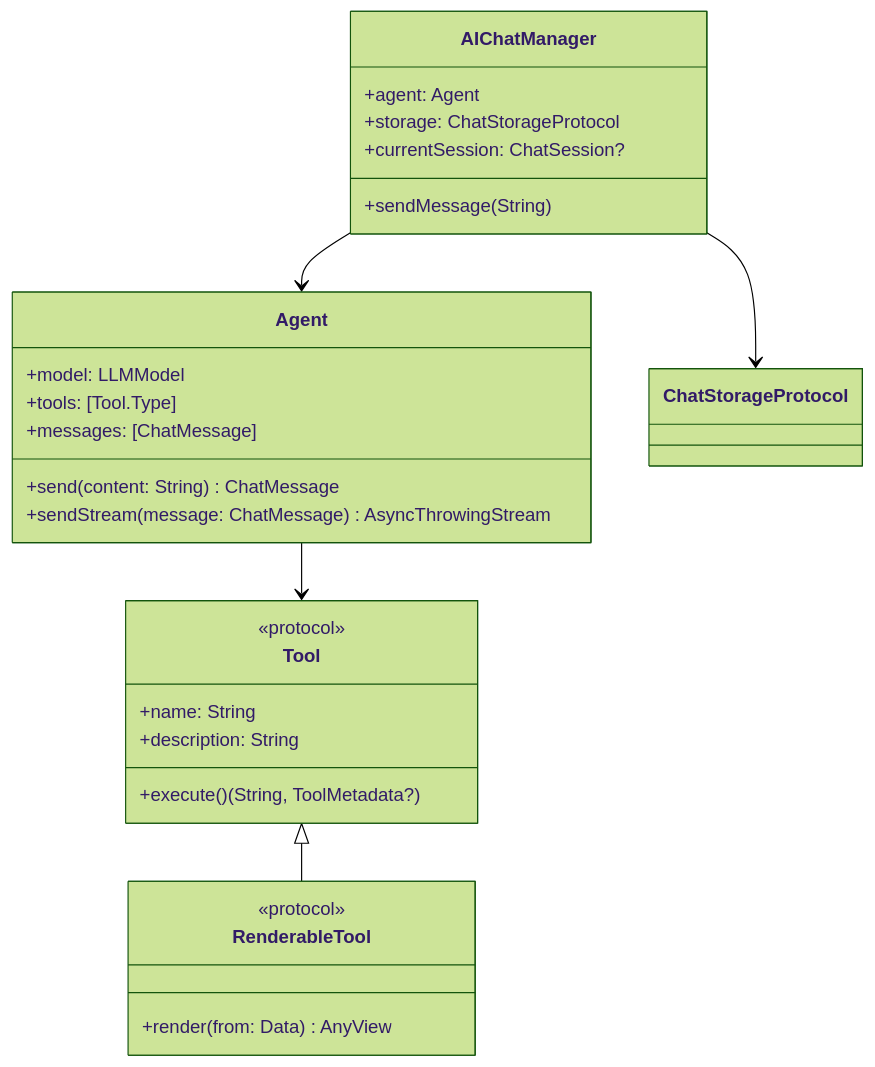
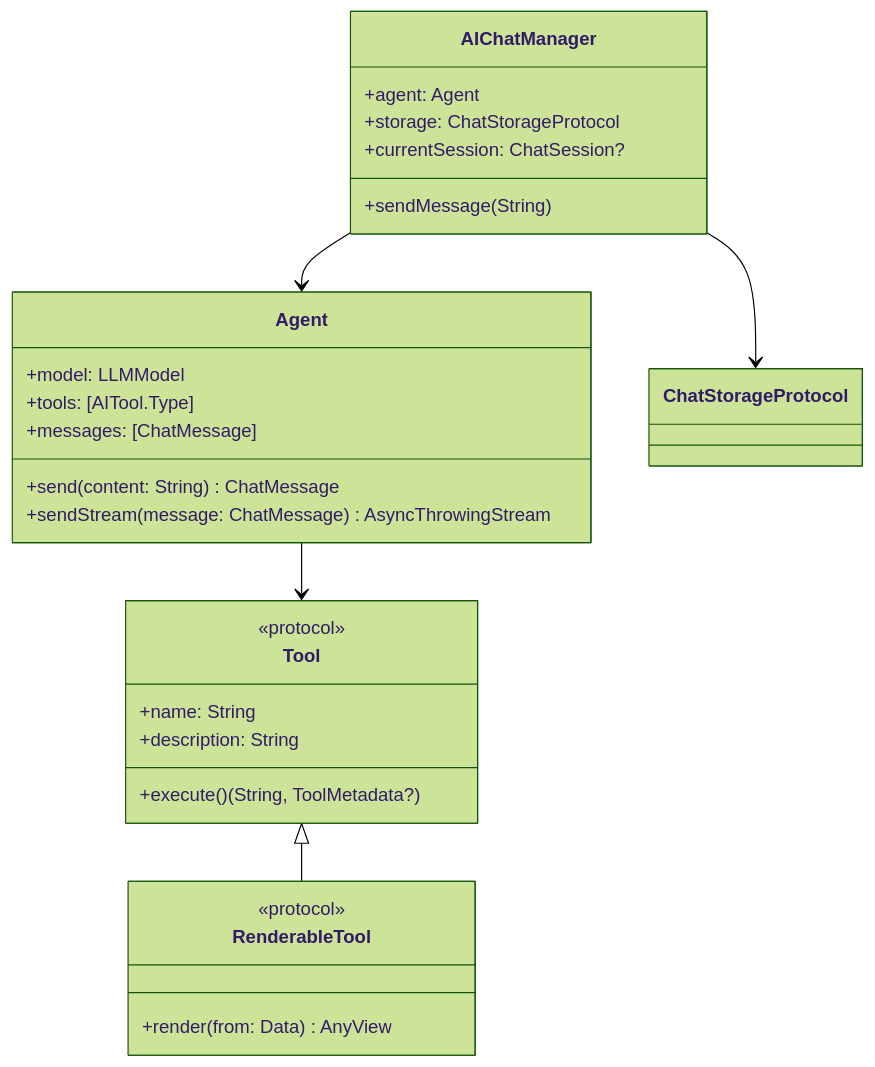
The second of 3 diagrams in Sources/AISDK/docs/AISDK.md (DanielhCarranza/AISDK), drawn with Mermaid (forest theme) before and after one commit. The commit also changed other lines of this file and 74 other files, not shown here.

````diff
--- a/Sources/AISDK/docs/AISDK.md
+++ b/Sources/AISDK/docs/AISDK.md
@@ -82,34 +82,34 @@
 ```mermaid
 classDiagram
     class Agent {
         +model: LLMModel
-        +tools: [Tool.Type]
+        +tools: [AITool.Type]
         +messages: [ChatMessage]
         +send(content: String) ChatMessage
         +sendStream(message: ChatMessage) AsyncThrowingStream
     }
     
     class Tool {
         <<protocol>>
         +name: String
         +description: String
         +execute() (String, ToolMetadata?)
     }
     
     class RenderableTool {
         <<protocol>>
         +render(from: Data) AnyView
     }
     
     class AIChatManager {
         +agent: Agent
         +storage: ChatStorageProtocol
         +currentSession: ChatSession?
         +sendMessage(String)
     }
     
     Tool <|-- RenderableTool
     Agent --> Tool
     AIChatManager --> Agent
     AIChatManager --> ChatStorageProtocol
 ```
````
